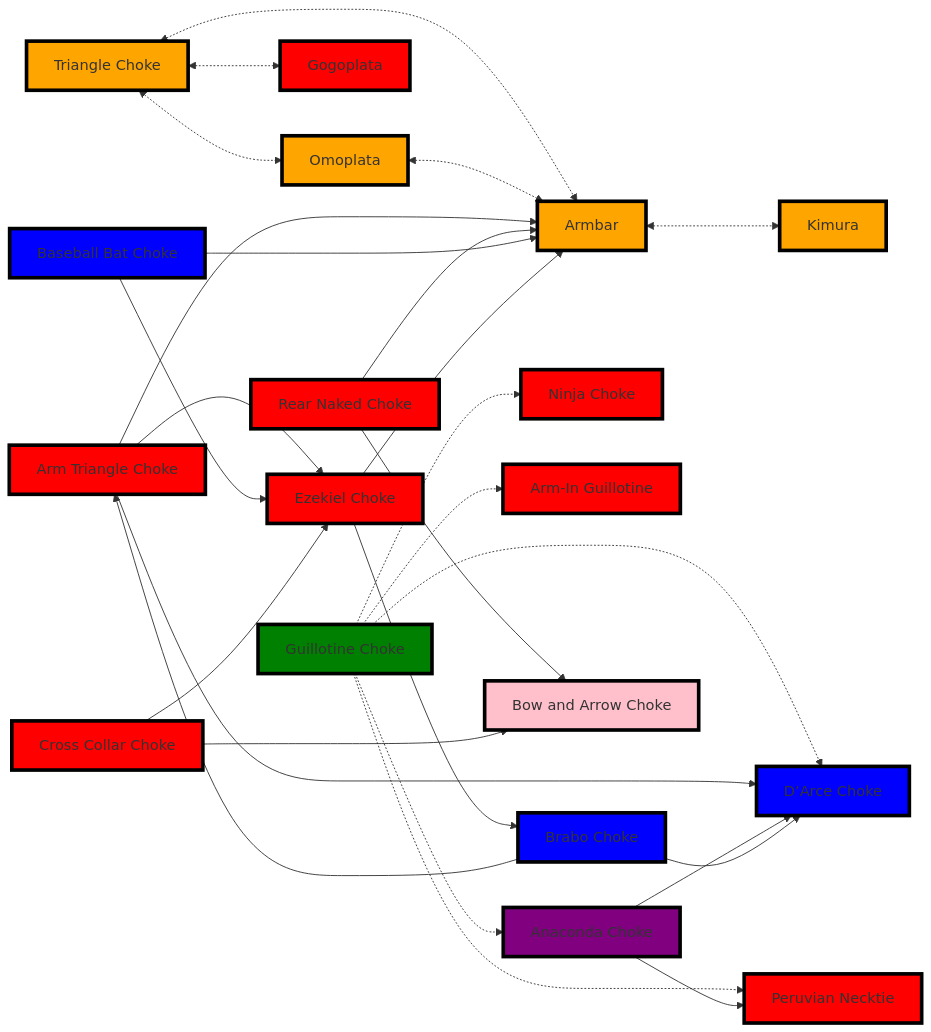
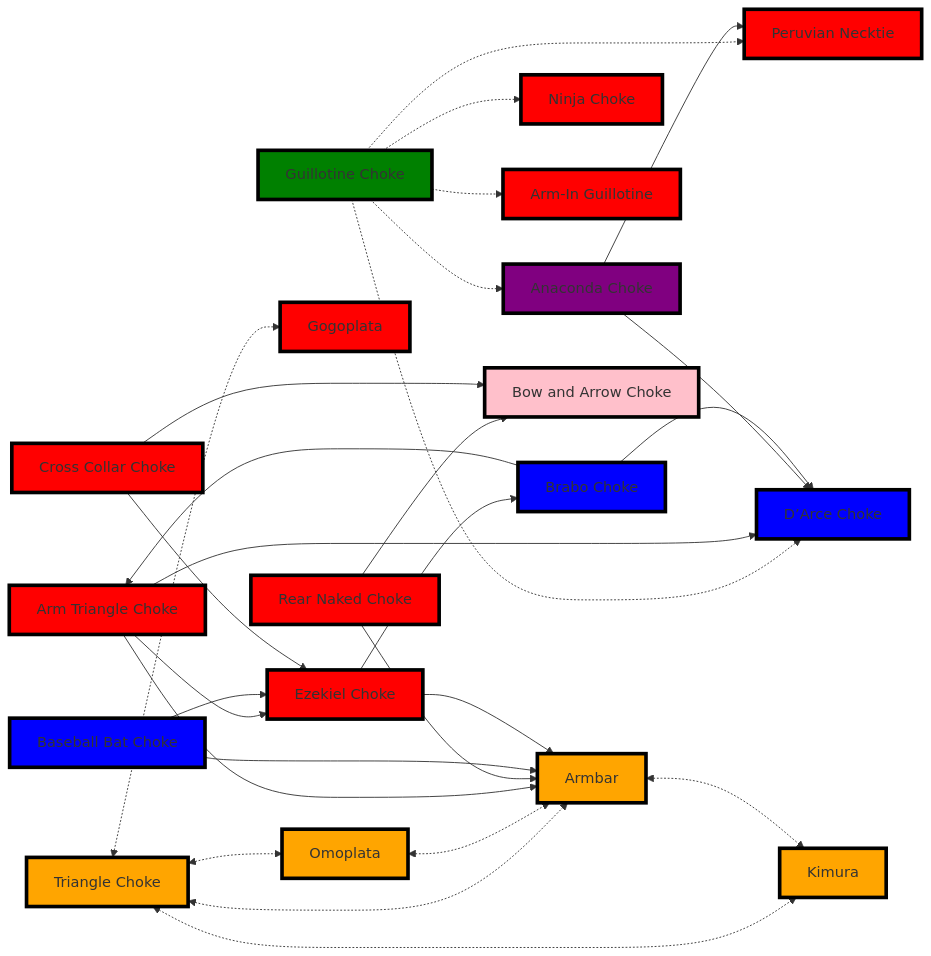
The third of 3 diagrams in _BJJ/Guards Directory.md (jacgit18/DevHiveMind), drawn with Mermaid before and after one commit.

Commit message:
M "_BJJ/Guards Directory.md"

````diff
--- a/_BJJ/Guards Directory.md
+++ b/_BJJ/Guards Directory.md
@@ -224,65 +224,66 @@
 ```mermaid
 flowchart LR
     A[Triangle Choke] <-.->  B[Armbar]
     A <-.-> C[Omoplata]
     A <-.->  D[Gogoplata]
+    A <-.->  E
     B <-.-> E[Kimura]
     C <-.->  B
 
 
     F[Guillotine Choke] .-> G[Ninja Choke]
     F .-> H[Peruvian Necktie]
     F .-> I[Arm-In Guillotine]
     F .-> Q
     F .-> L
 
     J[Arm Triangle Choke] --> P
     J --> L[D’Arce Choke]
     J --> B
 
     M[Rear Naked Choke] --> B
     M --> N[Bow and Arrow Choke]
 
     O[Baseball Bat Choke] --> P[Ezekiel Choke]
     O --> B
 
     Q[Anaconda Choke] --> L
     Q --> H
 
     R[Brabo Choke] --> J
     R --> L
 
     S[Cross Collar Choke] --> N
     S --> P
 
     P --> B
     P --> R
     
 style A fill:orange,stroke:black,stroke-width:4px,shadow:shadow
 
 style B fill:orange,stroke:black,stroke-width:4px,shadow:shadow
 
 style C fill:orange,stroke:black,stroke-width:4px,shadow:shadow
 
 style D fill:red,stroke:black,stroke-width:4px,shadow:shadow
 
 style E fill:orange,stroke:black,stroke-width:4px,shadow:shadow
 
 style F fill:green,stroke:black,stroke-width:4px,shadow:shadow
 
 style G fill:red,stroke:black,stroke-width:4px,shadow:shadow
 style H fill:red,stroke:black,stroke-width:4px,shadow:shadow
 style I fill:red,stroke:black,stroke-width:4px,shadow:shadow
 style J fill:red,stroke:black,stroke-width:4px,shadow:shadow
 
 style L fill:blue,stroke:black,stroke-width:4px,shadow:shadow
 style M fill:red,stroke:black,stroke-width:4px,shadow:shadow
 style N fill:pink,stroke:black,stroke-width:4px,shadow:shadow
 
 style O fill:blue,stroke:black,stroke-width:4px,shadow:shadow
 style P fill:red,stroke:black,stroke-width:4px,shadow:shadow
 
 style Q fill:purple,stroke:black,stroke-width:4px,shadow:shadow
 style R fill:blue,stroke:black,stroke-width:4px,shadow:shadow
 style S fill:red,stroke:black,stroke-width:4px,shadow:shadow
 ```
````
